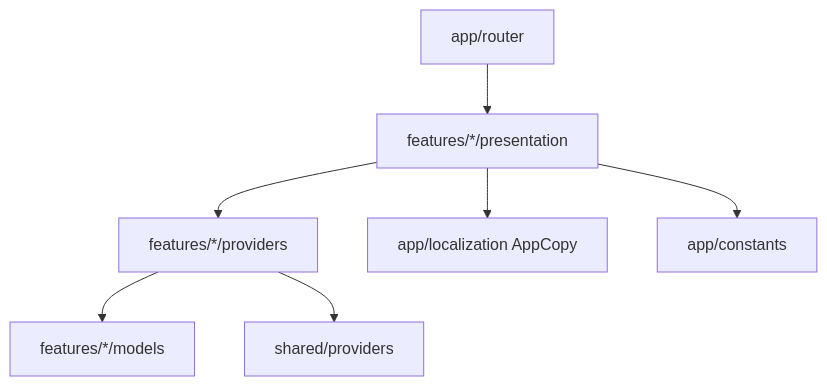
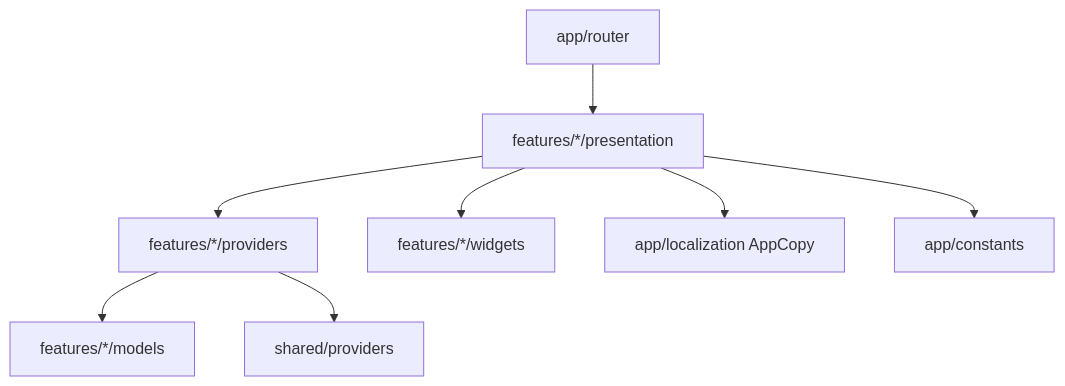
One commit to GabrielaTornel/babyHabla changed the diagram in docs/02-Arquitectura/Visión General.md. Above: the diagram before and after it, drawn with Mermaid. The commit also changed other lines of this file and 1 other file, not shown here.

````diff
--- a/docs/02-Arquitectura/Visión General.md
+++ b/docs/02-Arquitectura/Visión General.md
@@ -38,9 +39,10 @@
 ```mermaid
 flowchart TB
     Router[app/router] --> Screen[features/*/presentation]
     Screen --> Provider[features/*/providers]
+    Screen --> SharedWidgets[features/*/widgets]
     Provider --> Model[features/*/models]
     Provider --> Shared[shared/providers]
     Screen --> Copy[app/localization AppCopy]
     Screen --> Constants[app/constants]
 ```
````
